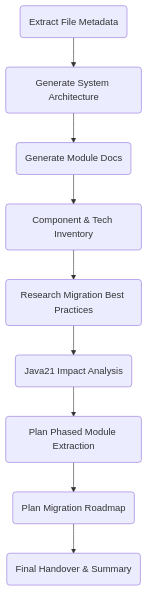
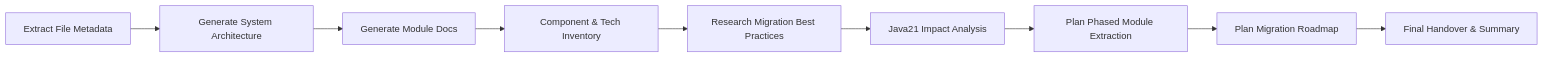
One commit to gsantopaolo/reforge-ai changed the second of 3 diagrams in docs/documentation_generation.md. Above: the diagram before and after it, drawn with Mermaid. The commit also changed other lines of this file, not shown here.

````diff
--- a/docs/documentation_generation.md
+++ b/docs/documentation_generation.md
@@ -88,11 +79,11 @@
 ```mermaid
-flowchart TD
-    EFMD(Extract File Metadata) --> GSA(Generate System Architecture)
-    GSA --> GMD(Generate Module Docs)
-    GMD --> CTI(Component & Tech Inventory)
-    CTI --> RMB(Research Migration Best Practices)
-    RMB --> IA(Java21 Impact Analysis)
-    IA --> PME(Plan Phased Module Extraction)
-    PME --> PMR(Plan Migration Roadmap)
-    PMR --> FHS(Final Handover & Summary)
+flowchart LR
+  EFMD[Extract File Metadata] --> GSA[Generate System Architecture]
+  GSA --> GMD[Generate Module Docs]
+  GMD --> CTI[Component & Tech Inventory]
+  CTI --> RMB[Research Migration Best Practices]
+  RMB --> IA[Java21 Impact Analysis]
+  IA --> PME[Plan Phased Module Extraction]
+  PME --> PMR[Plan Migration Roadmap]
+  PMR --> FHS[Final Handover & Summary]
 ```
````
